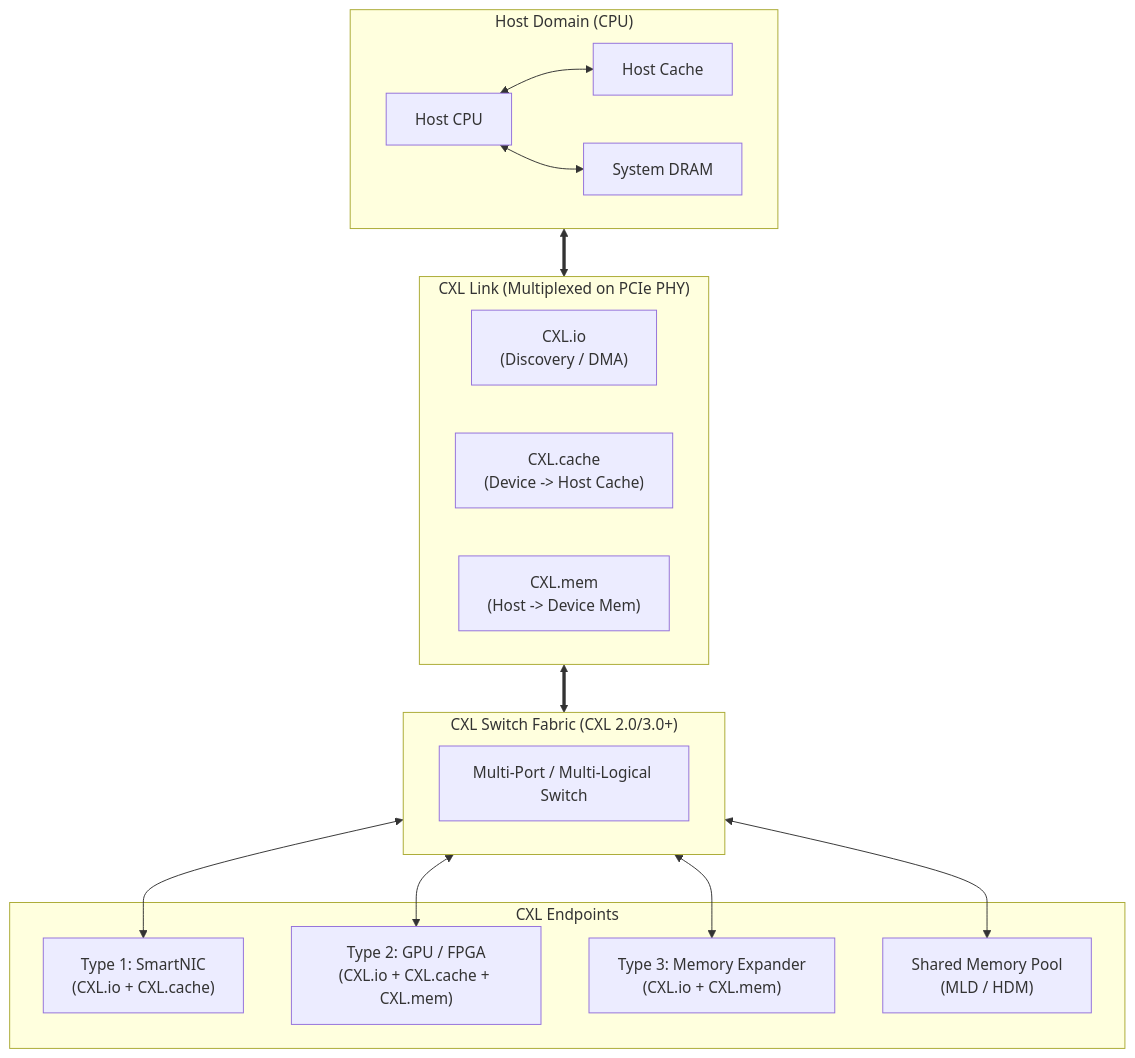
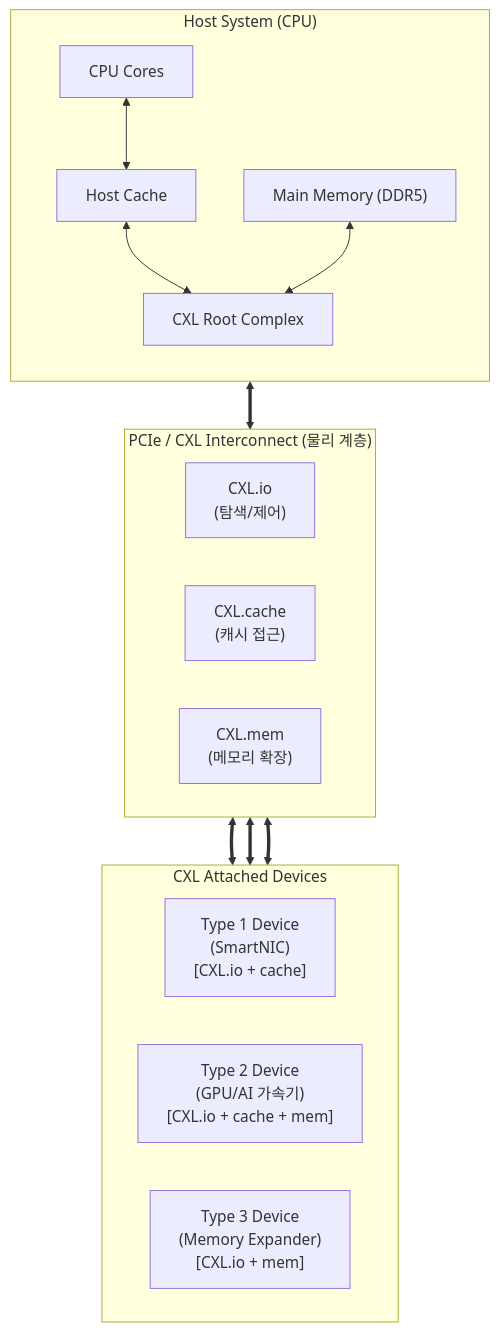
Before and after one commit to supremethumb/supremethumb.github.io: the diagram in content/02_IT_Tech/CXL.md, drawn with Mermaid. The commit also changed other lines of this file and 1970 other files, not shown here.

First line of the commit message:
feat(content): restructure 02_IT_Tech with 10 domain MOCs, wikilinks, related topics, and fix all mermaid syntax errors

````diff
--- a/content/02_IT_Tech/CXL.md
+++ b/content/02_IT_Tech/CXL.md
@@ -36,35 +31,35 @@
 ```mermaid
-flowchart TB
-    subgraph HOST["Host Domain (CPU)"]
-        CPU["Host CPU"]
-        H_CACHE["Host Cache"]
-        H_MEM["System DRAM"]
-        CPU <--> H_CACHE
-        CPU <--> H_MEM
+flowchart TD
+    subgraph Host_System ["Host System (CPU)"]
+        direction TB
+        CPU_Core["CPU Cores"]
+        Host_Cache["Host Cache"]
+        Host_Mem["Main Memory (DDR5)"]
+        Root_Port["CXL Root Complex"]
+        
+        CPU_Core <--> Host_Cache
+        Host_Cache <--> Root_Port
+        Host_Mem <--> Root_Port
     end
 
-    subgraph CXL_BUS["CXL Link (Multiplexed on PCIe PHY)"]
+    subgraph CXL_Interconnect ["PCIe / CXL Interconnect (물리 계층)"]
         direction LR
-        IO["CXL.io<br/>(Discovery / DMA)"]
-        CACHE["CXL.cache<br/>(Device -> Host Cache)"]
-        MEM["CXL.mem<br/>(Host -> Device Mem)"]
+        CXL_io["CXL.io<br/>(탐색/제어)"]
+        CXL_cache["CXL.cache<br/>(캐시 접근)"]
+        CXL_mem["CXL.mem<br/>(메모리 확장)"]
     end
 
-    subgraph SWITCH["CXL Switch Fabric (CXL 2.0/3.0+)"]
-        SW_CORE["Multi-Port / Multi-Logical Switch"]
+    Root_Port <==> CXL_Interconnect
+
+    subgraph CXL_Devices ["CXL Attached Devices"]
+        direction LR
+        Type1["Type 1 Device<br/>(SmartNIC)<br/>[CXL.io + cache]"]
+        Type2["Type 2 Device<br/>(GPU/AI 가속기)<br/>[CXL.io + cache + mem]"]
+        Type3["Type 3 Device<br/>(Memory Expander)<br/>[CXL.io + mem]"]
     end
 
-    subgraph DEVICES["CXL Endpoints"]
-        T1["Type 1: SmartNIC<br/>(CXL.io + CXL.cache)"]
-        T2["Type 2: GPU / FPGA<br/>(CXL.io + CXL.cache + CXL.mem)"]
-        T3["Type 3: Memory Expander<br/>(CXL.io + CXL.mem)"]
-        POOL["Shared Memory Pool<br/>(MLD / HDM)"]
-    end
+    CXL_Interconnect <==> Type1
+    CXL_Interconnect <==> Type2
+    CXL_Interconnect <==> Type3
 
-    HOST <==> CXL_BUS
-    CXL_BUS <==> SWITCH
-    SWITCH <--> T1
-    SWITCH <--> T2
-    SWITCH <--> T3
-    SWITCH <--> POOL
 ```
````
